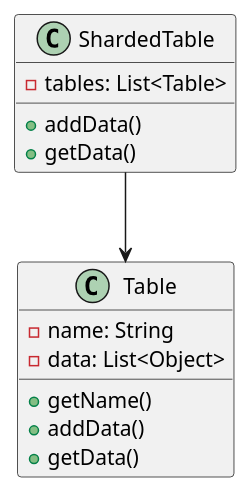
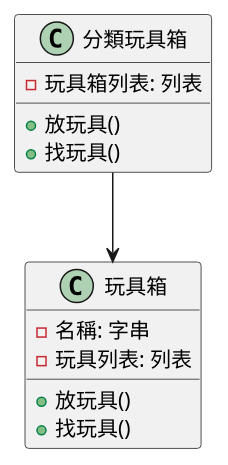
One commit to fine5351/info-sync changed the first of 3 diagrams in doc/learning/architecture/database_sharding_tutorial.md. Above: the diagram before and after it, drawn with PlantUML. The commit also changed other lines of this file and 35 other files, not shown here.

````diff
--- a/doc/learning/architecture/database_sharding_tutorial.md
+++ b/doc/learning/architecture/database_sharding_tutorial.md
@@ -17,19 +17,18 @@
 ```plantuml
 @startuml
-class Table {
-    - name: String
-    - data: List<Object>
-    + getName()
-    + addData()
-    + getData()
+class 玩具箱 {
+    - 名稱: 字串
+    - 玩具列表: 列表
+    + 放玩具()
+    + 找玩具()
 }
 
-class ShardedTable {
-    - tables: List<Table>
-    + addData()
-    + getData()
+class 分類玩具箱 {
+    - 玩具箱列表: 列表
+    + 放玩具()
+    + 找玩具()
 }
 
-ShardedTable --> Table
+分類玩具箱 --> 玩具箱
 @enduml
 ```
````
